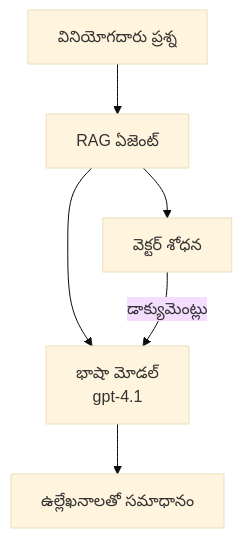
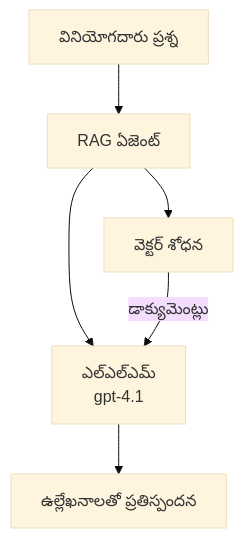
Before and after one commit to microsoft/AZD-for-beginners: the second of 3 diagrams in translations/te/docs/chapter-02-ai-development/agents.md, drawn with Mermaid (base theme). The commit also changed other lines of this file and 101 other files, not shown here.

````diff
--- a/translations/te/docs/chapter-02-ai-development/agents.md
+++ b/translations/te/docs/chapter-02-ai-development/agents.md
@@ -170,8 +175,8 @@
 ```mermaid
 graph TD
     Query[వినియోగదారు ప్రశ్న] --> RAG[RAG ఏజెంట్]
     RAG --> Vector[వెక్టర్ శోధన]
-    RAG --> LLM[భాషా మోడల్<br/>gpt-4.1]
+    RAG --> LLM[ఎల్‌ఎల్‌ఎమ్<br/>gpt-4.1]
     Vector -- డాక్యుమెంట్లు --> LLM
-    LLM --> Response[ఉల్లేఖనాలతో సమాధానం]
+    LLM --> Response[ఉల్లేఖనాలతో ప్రతిస్పందన]
 ```
````
